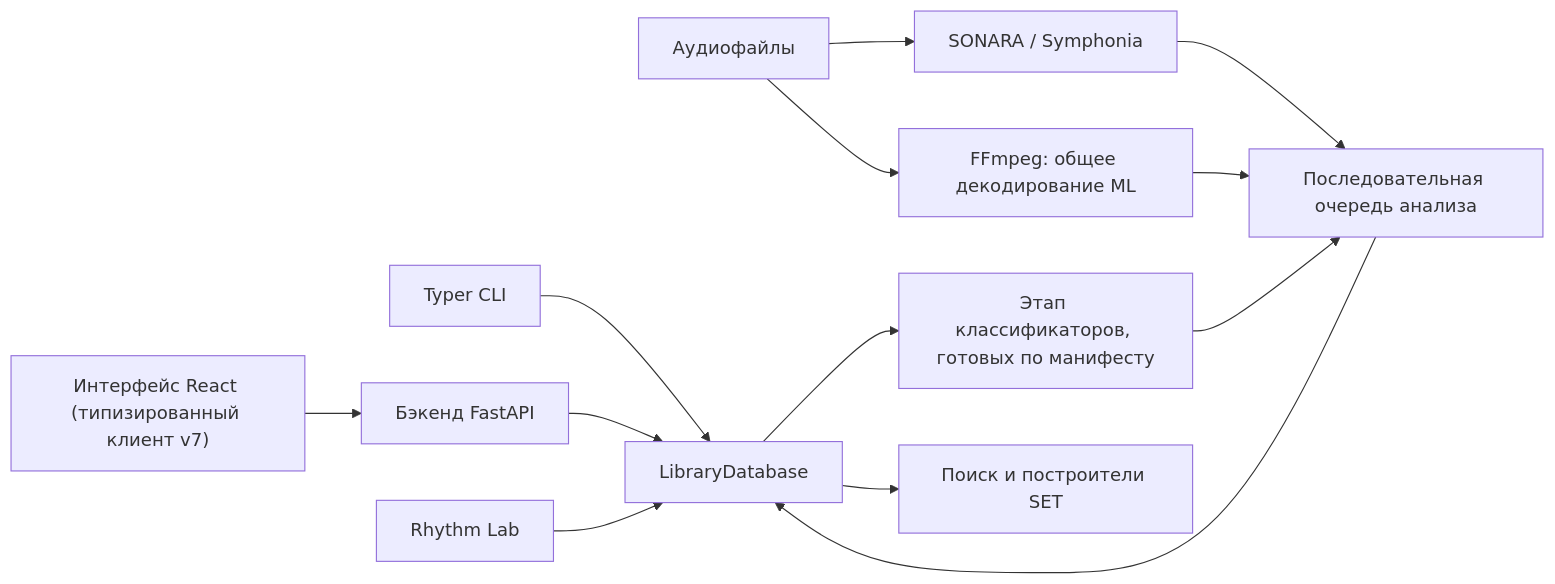
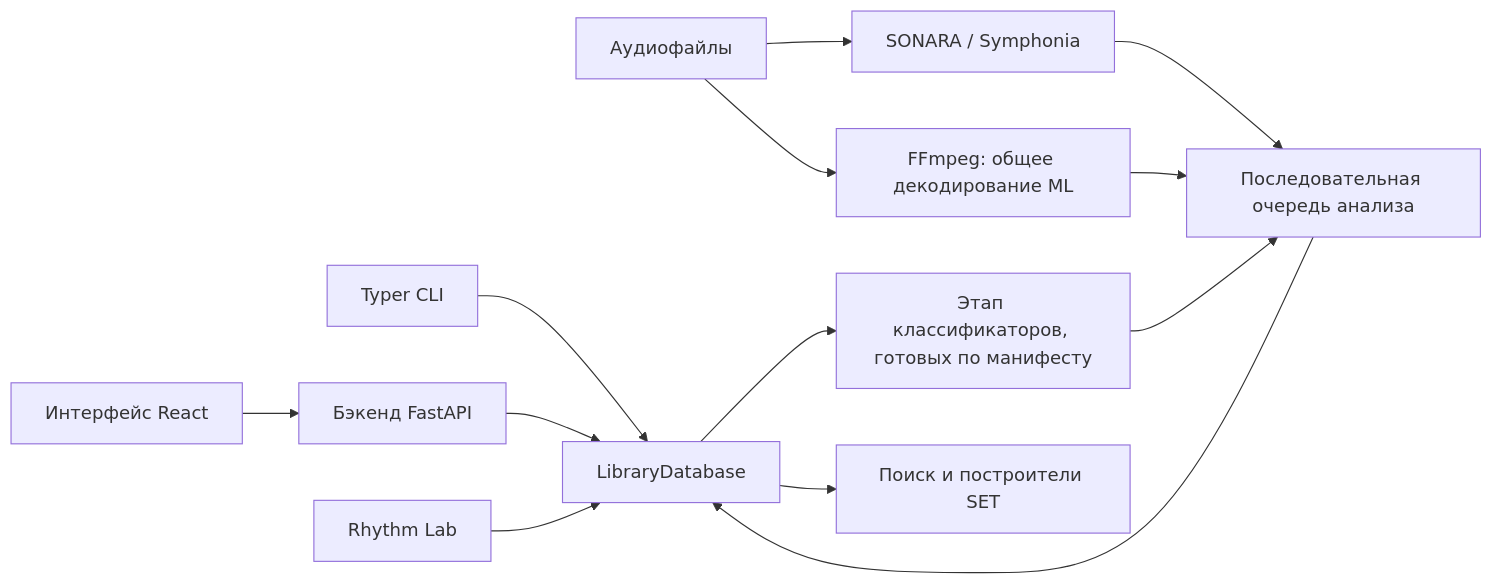
The diagram in docs/dj-track-similarity/ru/developer/architecture.md (MeteorBurn/dj-track-similarity), drawn with Mermaid before and after one commit. The commit also changed other lines of this file and 322 other files, not shown here.

````diff
--- a/docs/dj-track-similarity/ru/developer/architecture.md
+++ b/docs/dj-track-similarity/ru/developer/architecture.md
@@ -9,15 +9,15 @@
 ```mermaid
 flowchart LR
     CLI[Typer CLI] --> DB[LibraryDatabase]
     API[Бэкенд FastAPI] --> DB
-    UI["Интерфейс React (типизированный клиент v7)"] --> API
+    UI["Интерфейс React"] --> API
     Audio[Аудиофайлы] --> Sonara[SONARA / Symphonia]
     Audio --> FFmpeg[FFmpeg: общее декодирование ML]
     Sonara --> Queue[Последовательная очередь анализа]
     FFmpeg --> Queue
     Queue --> DB
     DB --> Classifiers[Этап классификаторов, готовых по манифесту]
     Classifiers --> Queue
     DB --> Search[Поиск и построители SET]
     Lab[Rhythm Lab] --> DB
 ```
````
